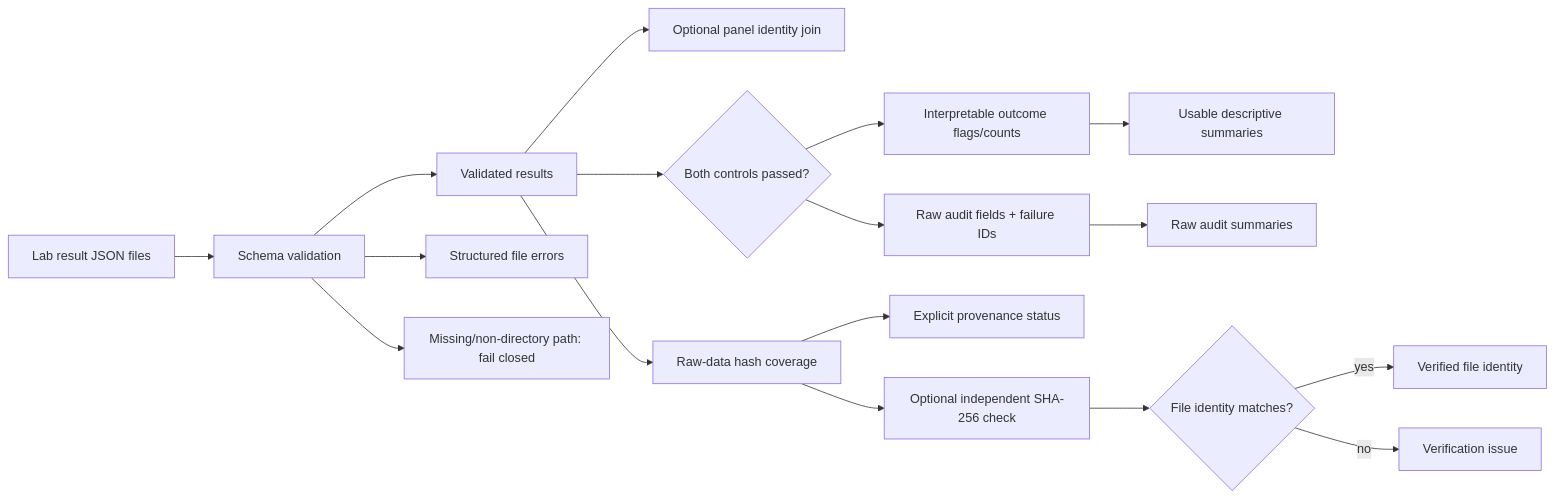
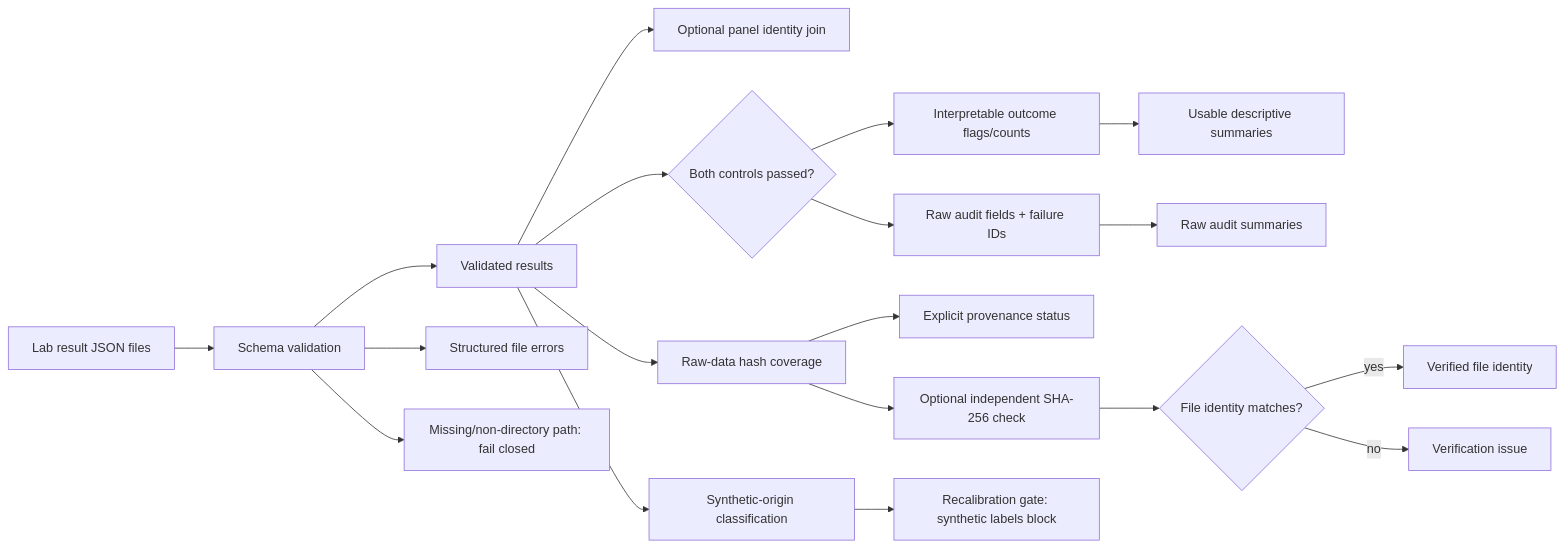
The first of 2 diagrams in src/openamp_foundry/data/AGENTS.md (Open-Problem-Lab/OpenAMP-Foundry), drawn with Mermaid before and after one commit. The commit also changed other lines of this file and 20 other files, not shown here.

First line of the commit message:
fix: block synthetic results from recalibration (#14)

````diff
--- a/src/openamp_foundry/data/AGENTS.md
+++ b/src/openamp_foundry/data/AGENTS.md
@@ -25,19 +28,21 @@
 ```mermaid
 flowchart LR
   Files["Lab result JSON files"] --> Validate["Schema validation"]
   Validate --> Valid["Validated results"]
   Validate --> Errors["Structured file errors"]
   Validate --> PathError["Missing/non-directory path: fail closed"]
   Valid --> Panel["Optional panel identity join"]
   Valid --> Provenance["Raw-data hash coverage"]
   Valid --> Controls{"Both controls passed?"}
   Controls --> Usable["Interpretable outcome flags/counts"]
   Controls --> Raw["Raw audit fields + failure IDs"]
   Usable --> Summary["Usable descriptive summaries"]
   Raw --> Audit["Raw audit summaries"]
   Provenance --> Review["Explicit provenance status"]
   Provenance --> Verify["Optional independent SHA-256 check"]
   Verify --> VerifyResult{"File identity matches?"}
   VerifyResult -->|yes| Verified["Verified file identity"]
   VerifyResult -->|no| VerifyBlock["Verification issue"]
+  Valid --> Origin["Synthetic-origin classification"]
+  Origin --> Gate["Recalibration gate: synthetic labels block"]
 ```
````
